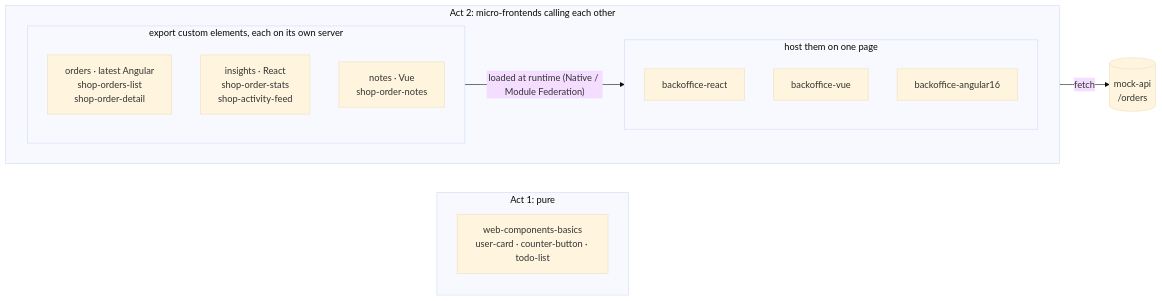
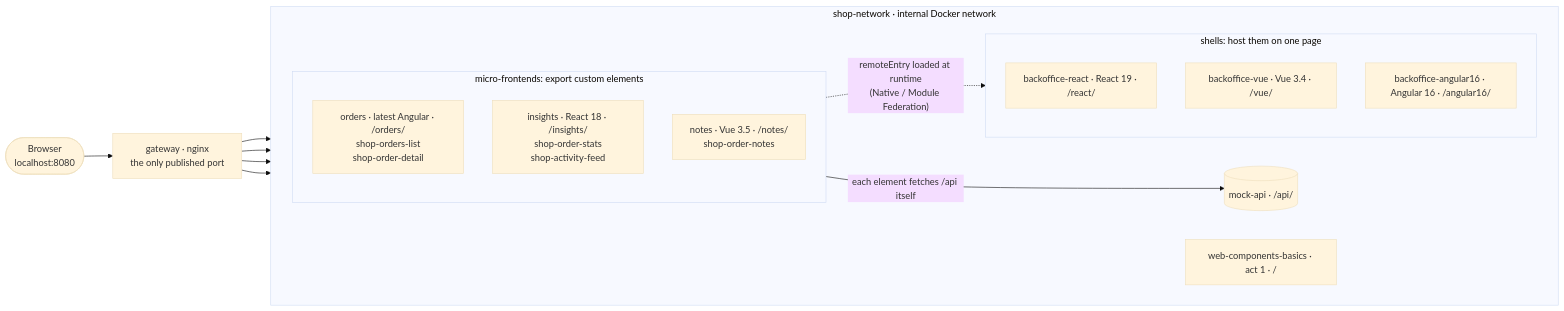
One commit to IliasEfth/Web-Components changed the first of 2 diagrams in README.md. Above: the diagram before and after it, drawn with Mermaid (base theme). The commit also changed other lines of this file, not shown here.

Commit message:
docs(readme): diagrams for the gateway and shell-element communication

````diff
--- a/README.md
+++ b/README.md
@@ -59,24 +62,27 @@
 ```mermaid
 flowchart LR
-  subgraph act1[Act 1: pure]
-    basics[web-components-basics<br/>user-card · counter-button · todo-list]
+  browser([Browser<br/>localhost:8080]) --> gateway[gateway · nginx<br/>the only published port]
+
+  subgraph net[shop-network · internal Docker network]
+    direction LR
+    subgraph remotes[micro-frontends: export custom elements]
+      orders[orders · latest Angular · /orders/<br/>shop-orders-list<br/>shop-order-detail]
+      insights[insights · React 18 · /insights/<br/>shop-order-stats<br/>shop-activity-feed]
+      notes[notes · Vue 3.5 · /notes/<br/>shop-order-notes]
+    end
+    subgraph shells[shells: host them on one page]
+      react[backoffice-react · React 19 · /react/]
+      vue[backoffice-vue · Vue 3.4 · /vue/]
+      ng16[backoffice-angular16 · Angular 16 · /angular16/]
+    end
+    api[(mock-api · /api/)]
+    basics[web-components-basics · act 1 · /]
   end
 
-  subgraph act2[Act 2: micro-frontends calling each other]
-    direction LR
-    subgraph remotes[export custom elements, each on its own server]
-      orders[orders · latest Angular<br/>shop-orders-list<br/>shop-order-detail]
-      insights[insights · React<br/>shop-order-stats<br/>shop-activity-feed]
-      notes[notes · Vue<br/>shop-order-notes]
-    end
-    subgraph shells[host them on one page]
-      react[backoffice-react]
-      vue[backoffice-vue]
-      ng16[backoffice-angular16]
-    end
-    remotes -- "loaded at runtime (Native / Module Federation)" --> shells
-  end
-
-  api[(mock-api<br/>/orders)]
-  remotes -- fetch --> api
+  gateway --> shells
+  gateway --> remotes
+  gateway --> api
+  gateway --> basics
+  remotes -. "remoteEntry loaded at runtime<br/>(Native / Module Federation)" .-> shells
+  remotes -- "each element fetches /api itself" --> api
 ```
````
